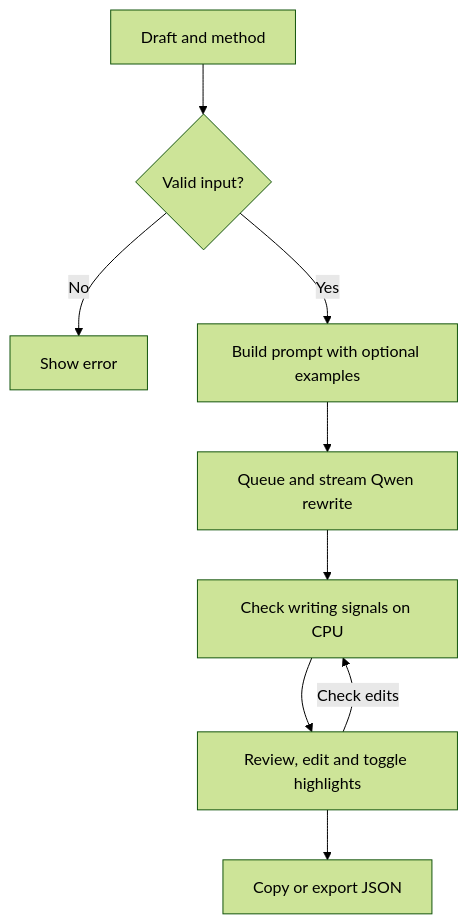
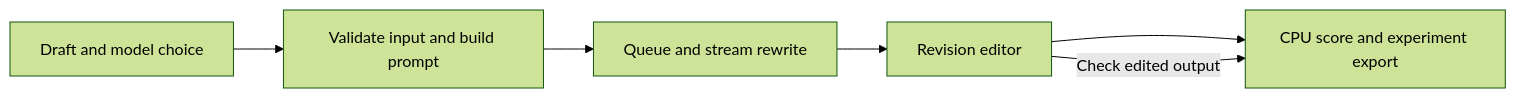
One commit to ewbaer/Personal-Writing-Style-AI changed the diagram in README.md. Above: the diagram before and after it, drawn with Mermaid (forest theme). The commit also changed other lines of this file, not shown here.

````diff
--- a/README.md
+++ b/README.md
@@ -69,11 +37,8 @@
 ```mermaid
-graph TD
-    INPUT["Draft and method"] --> VALID{"Valid input?"}
-    VALID -->|No| ERROR["Show error"]
-    VALID -->|Yes| PROMPT["Build prompt with optional examples"]
-    PROMPT --> REWRITE["Queue and stream Qwen rewrite"]
-    REWRITE --> DETECT["Check writing signals on CPU"]
-    DETECT --> EDIT["Review, edit and toggle highlights"]
-    EDIT -->|Check edits| DETECT
-    EDIT --> SAVE["Copy or export JSON"]
+graph LR
+    A["Draft and model choice"] --> B["Validate input and build prompt"]
+    B --> C["Queue and stream rewrite"]
+    C --> D["Revision editor"]
+    D --> E["CPU score and experiment export"]
+    D -->|Check edited output| E
 ```
````
